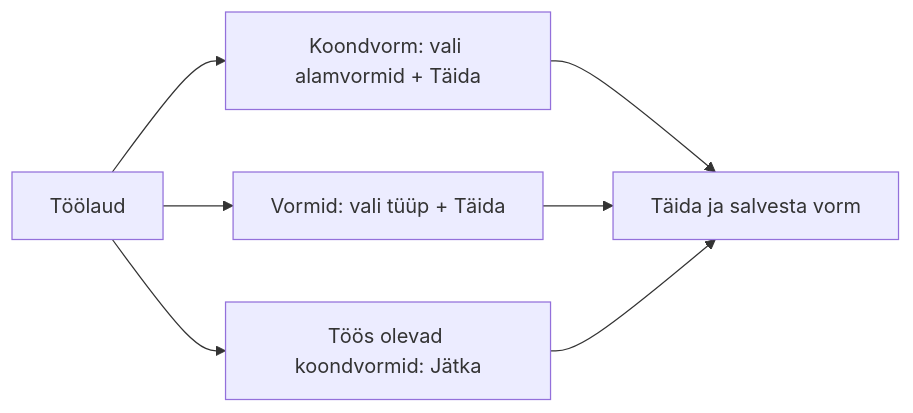
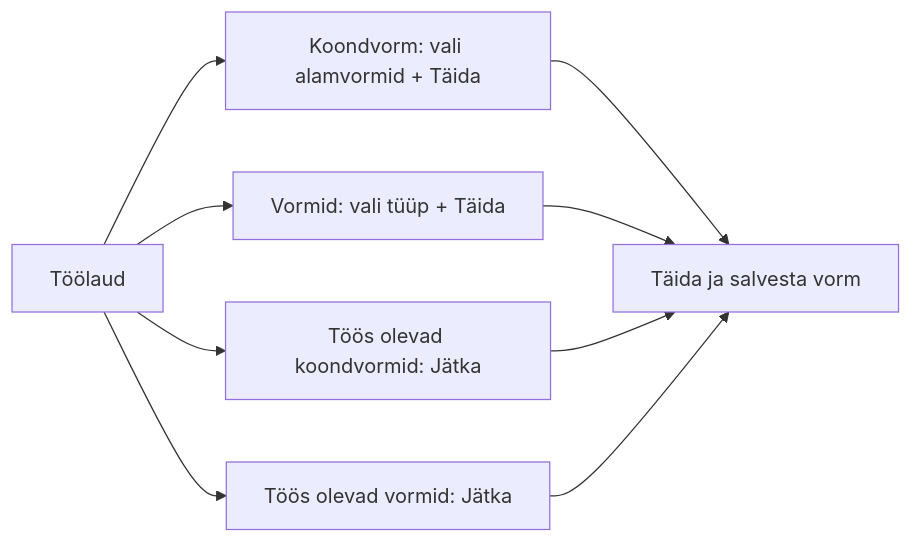
The diagram in docs/user-guide/04-toolaud.md (kemit-ee/ljvis-2), drawn with Mermaid before and after one commit. The commit also changed other lines of this file and 17 other files, not shown here.

````diff
--- a/docs/user-guide/04-toolaud.md
+++ b/docs/user-guide/04-toolaud.md
@@ -85,9 +107,11 @@
 ```mermaid
 flowchart LR
     A[Töölaud] --> B["Koondvorm: vali alamvormid + Täida"]
     A --> C["Vormid: vali tüüp + Täida"]
     A --> D["Töös olevad koondvormid: Jätka"]
+    A --> F["Töös olevad vormid: Jätka"]
     B --> E[Täida ja salvesta vorm]
     C --> E
     D --> E
+    F --> E
 ```
````
